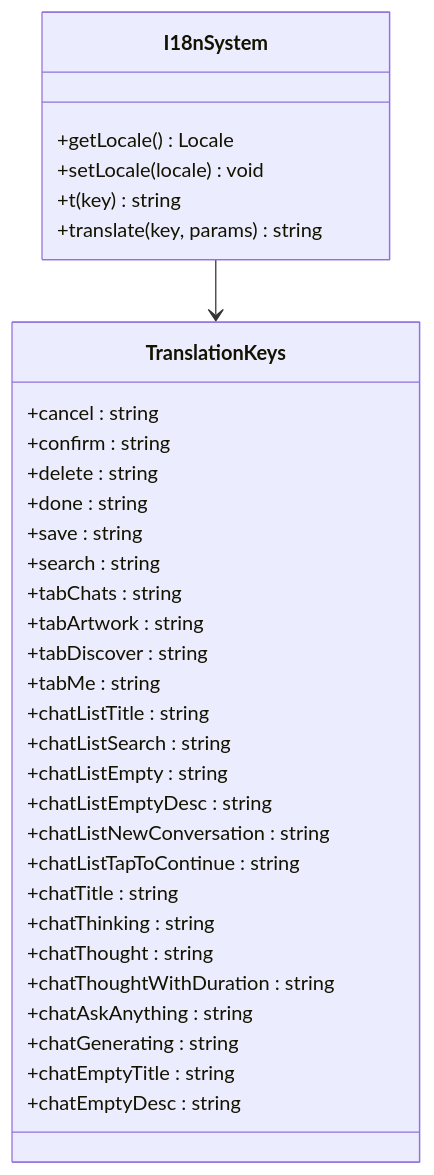
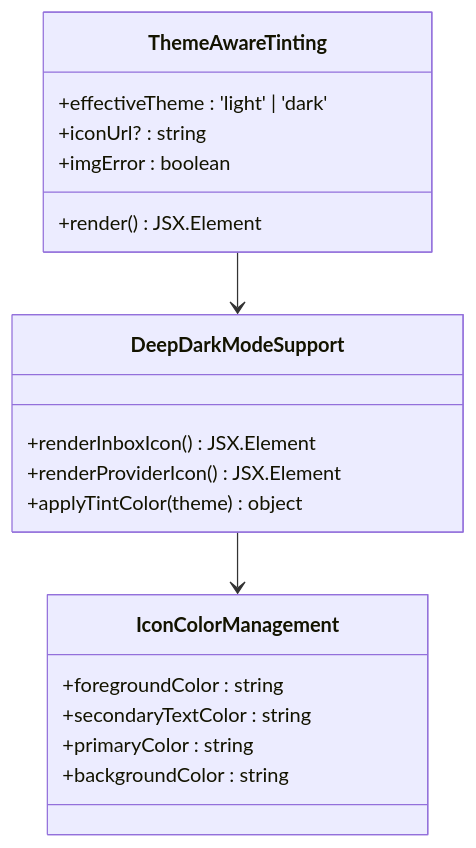
One commit to AvatoLabs/avato changed the sixth of 13 diagrams in .qoder/repowiki/zh/content/核心功能模块/API 服务层/移动端API服务层.md. Above: the diagram before and after it, drawn with Mermaid. The commit also changed other lines of this file and 158 other files, not shown here.

````diff
--- a/.qoder/repowiki/zh/content/核心功能模块/API 服务层/移动端API服务层.md
+++ b/.qoder/repowiki/zh/content/核心功能模块/API 服务层/移动端API服务层.md
@@ -334,36 +438,22 @@
 ```mermaid
 classDiagram
-class I18nSystem {
-+getLocale() Locale
-+setLocale(locale) void
-+t(key) string
-+translate(key, params) string
+class ThemeAwareTinting {
++effectiveTheme : 'light' | 'dark'
++iconUrl? : string
++imgError : boolean
++render() JSX.Element
 }
-class TranslationKeys {
-+cancel : string
-+confirm : string
-+delete : string
-+done : string
-+save : string
-+search : string
-+tabChats : string
-+tabArtwork : string
-+tabDiscover : string
-+tabMe : string
-+chatListTitle : string
-+chatListSearch : string
-+chatListEmpty : string
-+chatListEmptyDesc : string
-+chatListNewConversation : string
-+chatListTapToContinue : string
-+chatTitle : string
-+chatThinking : string
-+chatThought : string
-+chatThoughtWithDuration : string
-+chatAskAnything : string
-+chatGenerating : string
-+chatEmptyTitle : string
-+chatEmptyDesc : string
+class DeepDarkModeSupport {
++renderInboxIcon() JSX.Element
++renderProviderIcon() JSX.Element
++applyTintColor(theme) object
 }
-I18nSystem --> TranslationKeys
+class IconColorManagement {
++foregroundColor : string
++secondaryTextColor : string
++primaryColor : string
++backgroundColor : string
+}
+ThemeAwareTinting --> DeepDarkModeSupport
+DeepDarkModeSupport --> IconColorManagement
 ```
````
